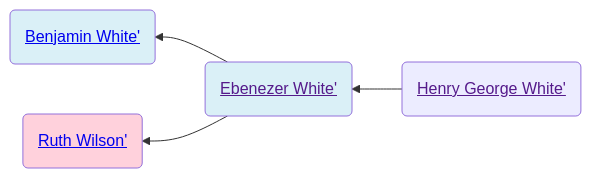
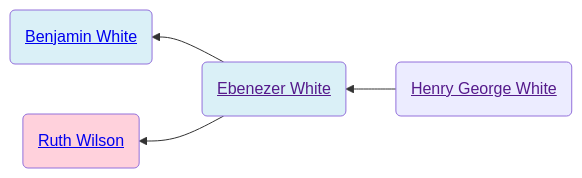
The first of 2 diagrams in familyhistory/sources/people/Merrill-line/White-line/Henry_George_White.qmd (neelsmith/avocational), drawn with Mermaid before and after one commit. The commit also changed other lines of this file and 96 other files, not shown here.

````diff
--- a/familyhistory/sources/people/Merrill-line/White-line/Henry_George_White.qmd
+++ b/familyhistory/sources/people/Merrill-line/White-line/Henry_George_White.qmd
@@ -39,14 +39,14 @@
 ```{mermaid}
 graph RL
 %% RL ancestor diagram
-Henry_George_White(<a href=''>Henry George White'</>) -->  Ebenezer_White(<a href='./Ebenezer_White.html'>Ebenezer White'</>)
-Ebenezer_White(<a href=''>Ebenezer White'</>) -->  Benjamin_White(<a href='./Benjamin_White.html'>Benjamin White'</>)
+Henry_George_White(<a href=''>Henry George White</a>) -->  Ebenezer_White(<a href='./Ebenezer_White.html'>Ebenezer White</a>)
+Ebenezer_White(<a href=''>Ebenezer White</a>) -->  Benjamin_White(<a href='./Benjamin_White.html'>Benjamin White</a>)
 class Benjamin_White father
-Ebenezer_White(<a href=''>Ebenezer White'</>)  --> Ruth_Wilson(<a href='./Wilson-line/Ruth_Wilson.html'>Ruth Wilson'</>)
+Ebenezer_White(<a href=''>Ebenezer White</a>)  --> Ruth_Wilson(<a href='./Wilson-line/Ruth_Wilson.html'>Ruth Wilson</a>)
 class Ruth_Wilson mother
 class Ebenezer_White father
 classDef mother fill:#ffd1dc
 classDef father fill:#daf0f7  
 classDef marriage fill:#ffffff
 
 ```
````
